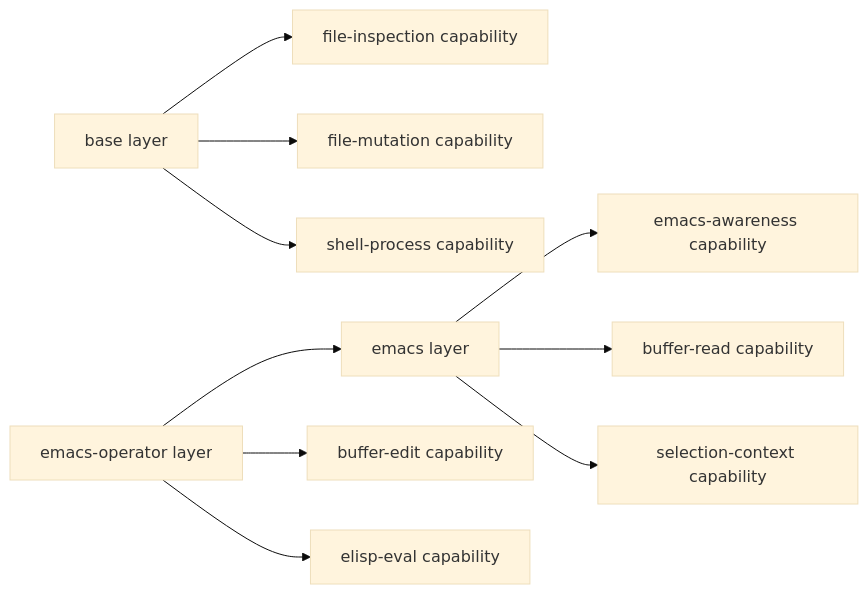
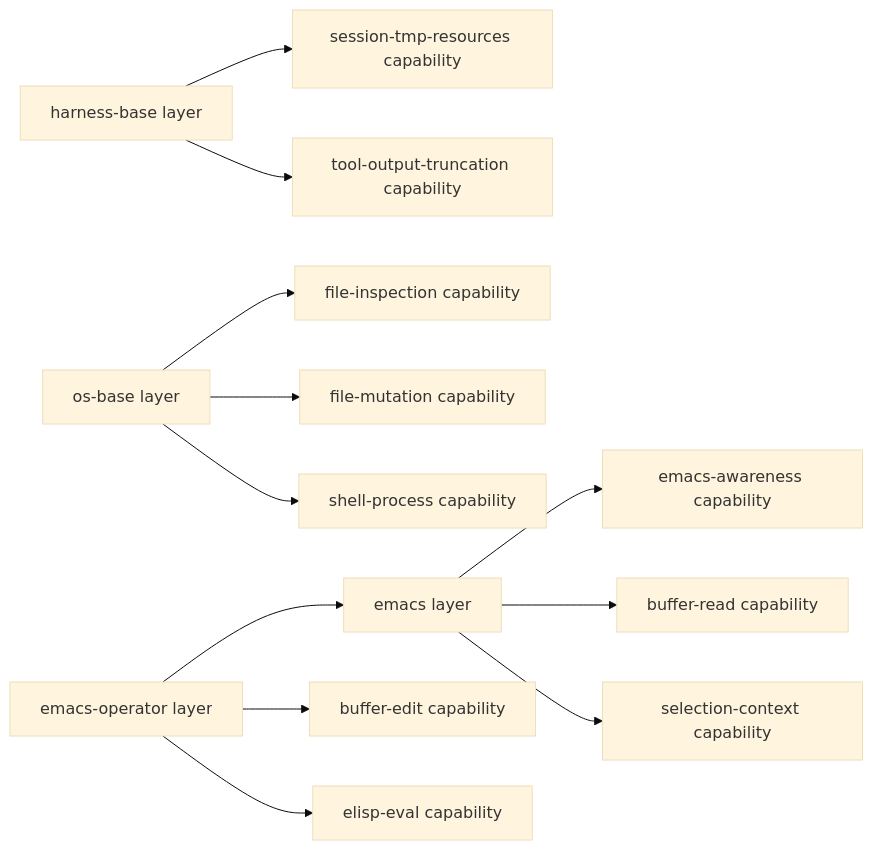
The fourth of 6 diagrams in docs/architecture.md (alendit/e), drawn with Mermaid (base theme) before and after one commit. The commit also changed other lines of this file and 32 other files, not shown here.

````diff
--- a/docs/architecture.md
+++ b/docs/architecture.md
@@ -214,14 +221,17 @@
 ```mermaid
 flowchart LR
-    BaseLayer["base layer"] --> FileInspect["file-inspection capability"]
+    HarnessLayer["harness-base layer"] --> TmpResources["session-tmp-resources capability"]
+    HarnessLayer --> OutputTruncation["tool-output-truncation capability"]
+
+    BaseLayer["os-base layer"] --> FileInspect["file-inspection capability"]
     BaseLayer --> FileMutation["file-mutation capability"]
     BaseLayer --> ProcessShell["shell-process capability"]
 
     EmacsLayer["emacs layer"] --> EmacsAwareness["emacs-awareness capability"]
     EmacsLayer --> BufferRead["buffer-read capability"]
     EmacsLayer --> SelectionContext["selection-context capability"]
 
     OperatorLayer["emacs-operator layer"] --> EmacsLayer
     OperatorLayer --> BufferEdit["buffer-edit capability"]
     OperatorLayer --> ElispEval["elisp-eval capability"]
 ```
````
